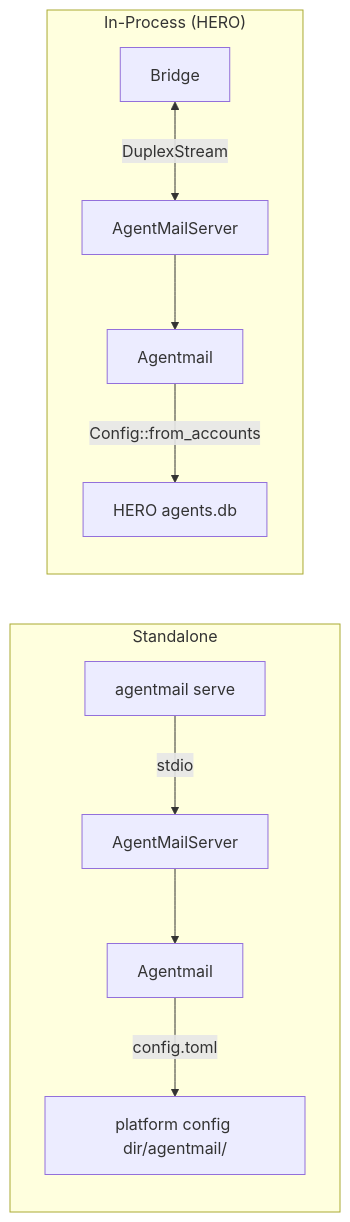
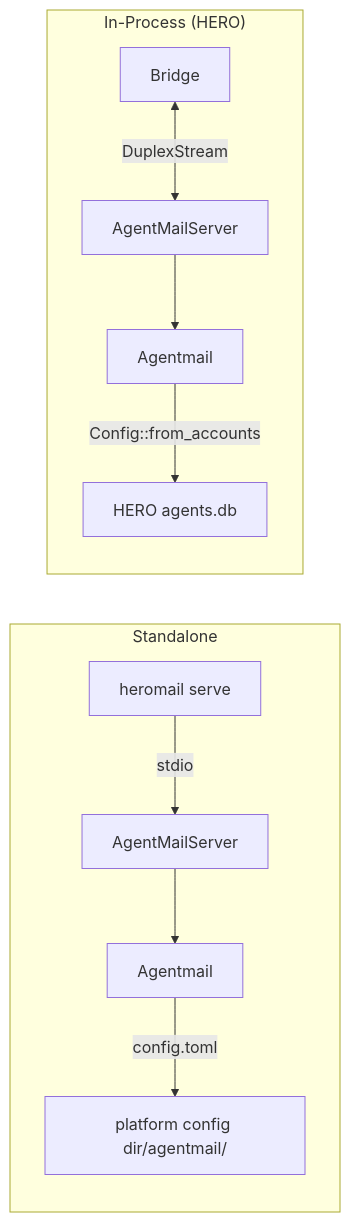
The second of 4 diagrams in DESIGN.md (Weekendsuperhero-io/agentmail), drawn with Mermaid before and after one commit. The commit also changed other lines of this file and 42 other files, not shown here.

````diff
--- a/DESIGN.md
+++ b/DESIGN.md
@@ -52,14 +52,14 @@
 ```mermaid
 graph LR
     subgraph "Standalone"
-        CLI[agentmail serve] -->|stdio| MCP1[AgentMailServer]
+        CLI[heromail serve] -->|stdio| MCP1[AgentMailServer]
         MCP1 --> MK1[Agentmail]
         MK1 -->|config.toml| FS[platform config dir/agentmail/]
     end
 
     subgraph "In-Process (HERO)"
         GW2[Bridge] <-->|DuplexStream| MCP2[AgentMailServer]
         MCP2 --> MK2[Agentmail]
         MK2 -->|Config::from_accounts| DB2[HERO agents.db]
     end
 ```
````
